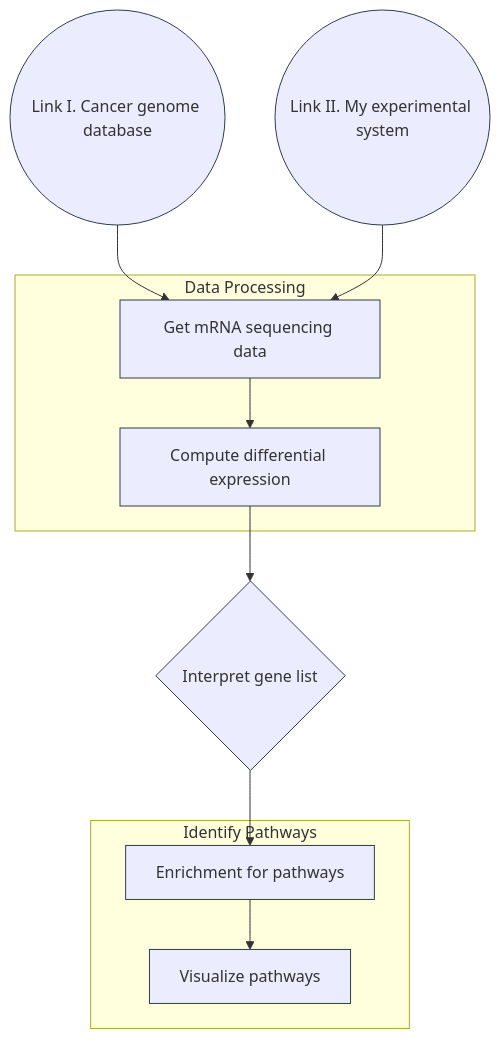
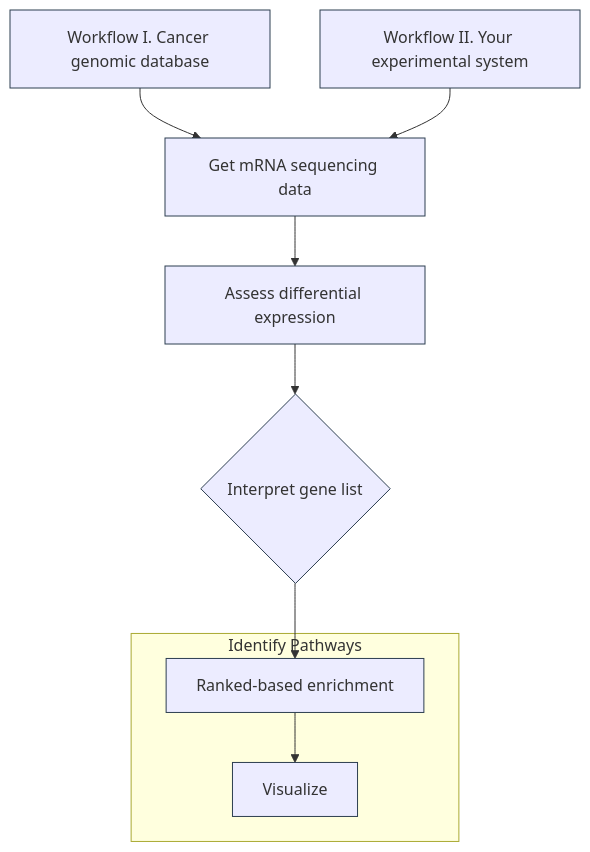
The diagram in index.md (PathwayCommons/guide), drawn with Mermaid before and after one commit. The commit also changed 8 other files, not shown here.

Commit message:
Mermaid chart as index page - update

```diff
--- a/index.md
+++ b/index.md
@@ -36,21 +36,19 @@
     <div class="mermaid">
       %% flow chart
       graph TB
         %% styling
         classDef default stroke:#2c3e50;
 
-        cancer_genome_db((Link I. Cancer genome database)) --> rna_seq_data[Get mRNA sequencing data]
-        my_experimental_system((Link II. My experimental system)) --> rna_seq_data
-        subgraph Data Processing
-        rna_seq_data --> differential_expression[Compute differential expression]
-        end
+        cancer_genome_db[Workflow I. Cancer genomic database] --> rna_seq_data[Get mRNA sequencing data]
+        my_experimental_system[Workflow II. Your experimental system] --> rna_seq_data
+        rna_seq_data --> differential_expression[Assess differential expression]
         differential_expression --> interpret_gene_list{Interpret gene list}
         subgraph Identify Pathways
-        pathway_enrichment[Enrichment for pathways] --> pathway_visualization[Visualize pathways]
+        pathway_enrichment[Ranked-based enrichment]  --> pathway_visualization[Visualize]
         end
         interpret_gene_list --> pathway_enrichment
 
         %% events
         click cancer_genome_db "{{ site.baseurl }}/workflows/pathway_enrichment_gdc/index/" "Follow this path to use RNA-seq data provided by The Cancer Genome Atlas database"
         click my_experimental_system "#" "Follow this path to upload your own RNA-seq data"
     </div>
```
